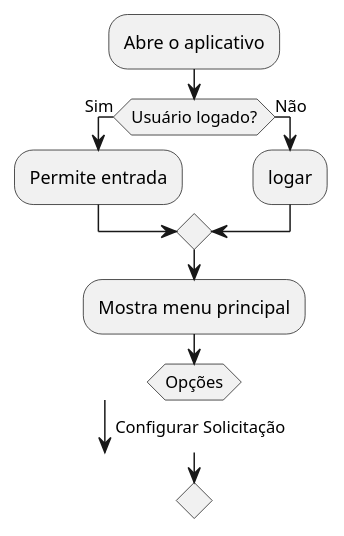
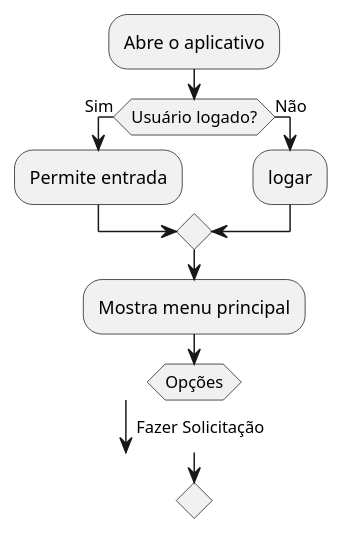
Before and after one commit to RenataArdito/Alerta-ADS: the diagram in ActivityDiagram.md, drawn with PlantUML.

````diff
--- a/ActivityDiagram.md
+++ b/ActivityDiagram.md
@@ -1,22 +1,22 @@
 ```plantuml
 @startuml
 
 :Abre o aplicativo;
 
 if (Usuário logado?) then (Sim)
     :Permite entrada;
 else (Não)
     :logar;
 endif
 :Mostra menu principal;
 
 switch (Opções)
-case ( Configurar Solicitação )
+case ( Fazer Solicitação )
 
 
 
 
     
 
 @enduml
 ```
````
